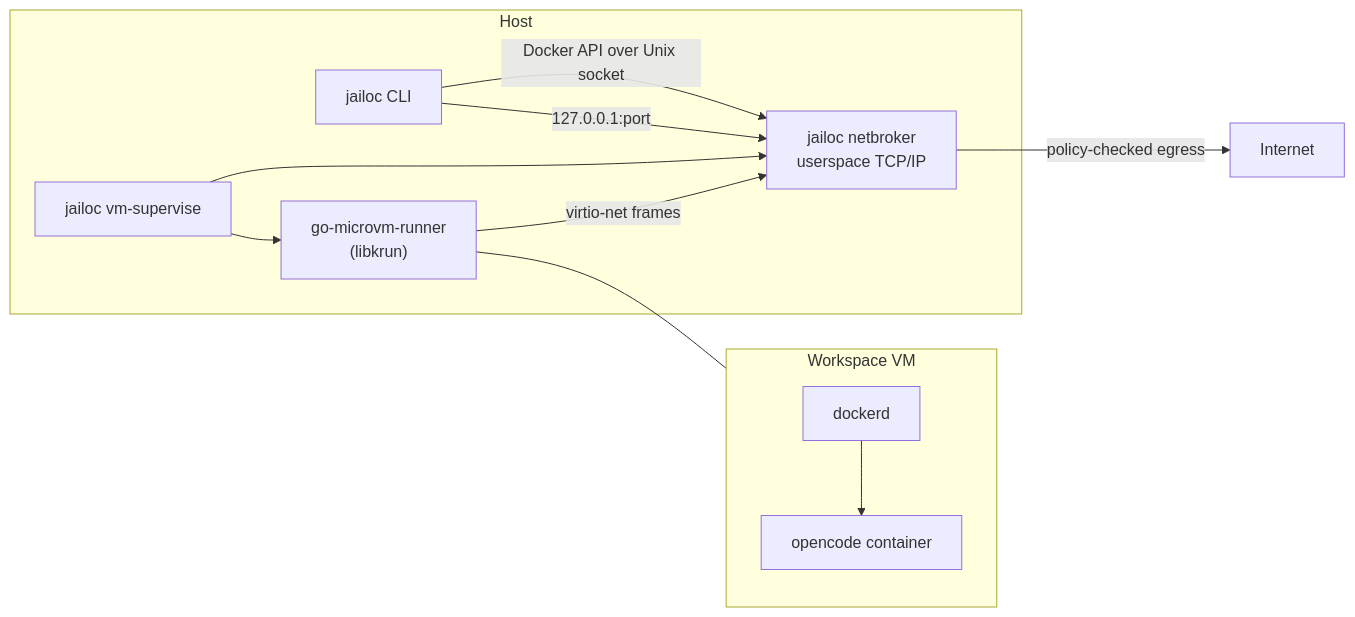
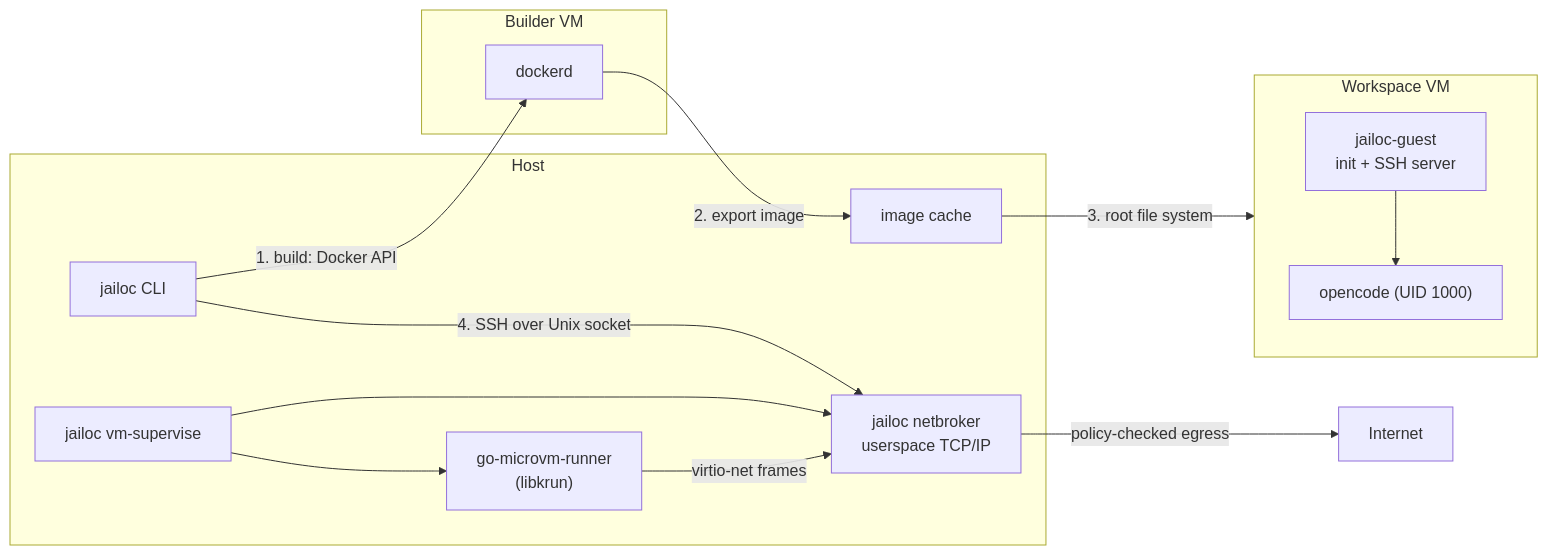
Before and after one commit to seznam/jailoc: the diagram in docs/explanation/vm-backend.md, drawn with Mermaid. The commit also changed other lines of this file and 35 other files, not shown here.

````diff
--- a/docs/explanation/vm-backend.md
+++ b/docs/explanation/vm-backend.md
@@ -7,21 +7,26 @@
 ```mermaid
 flowchart LR
   subgraph host["Host"]
     jailoc["jailoc CLI"]
     sup["jailoc vm-supervise"]
     broker["jailoc netbroker<br/>userspace TCP/IP"]
     runner["go-microvm-runner<br/>(libkrun)"]
+    cache["image cache"]
+  end
+  subgraph builder["Builder VM"]
+    dockerd["dockerd"]
   end
   subgraph vm["Workspace VM"]
-    dockerd["dockerd"]
-    agent["opencode container"]
+    guest["jailoc-guest<br/>init + SSH server"]
+    agent["opencode (UID 1000)"]
   end
-  jailoc -- "Docker API over Unix socket" --> broker
-  jailoc -- "127.0.0.1:port" --> broker
+  jailoc -- "1. build: Docker API" --> dockerd
+  dockerd -- "2. export image" --> cache
+  cache -- "3. root file system" --> vm
+  jailoc -- "4. SSH over Unix socket" --> broker
   sup --> broker
   sup --> runner
   runner -- "virtio-net frames" --> broker
   broker -- "policy-checked egress" --> internet["Internet"]
-  runner --- vm
-  dockerd --> agent
+  guest --> agent
 ```
````
